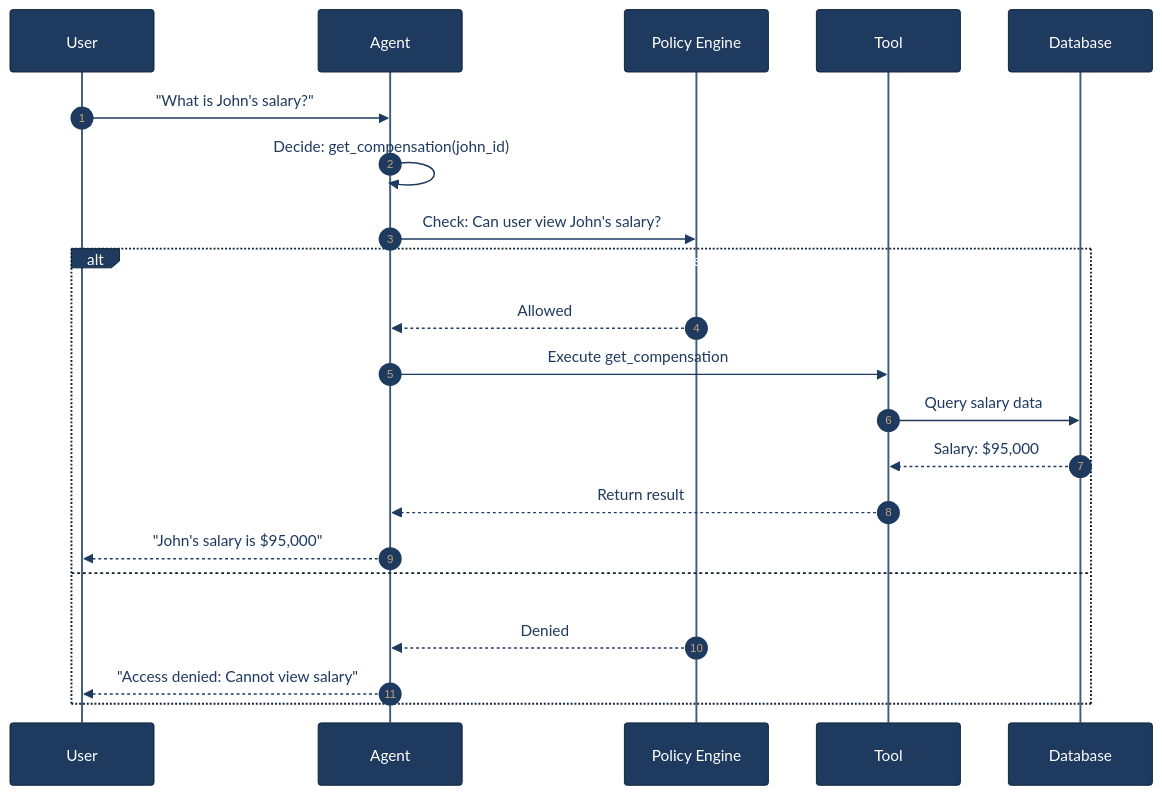
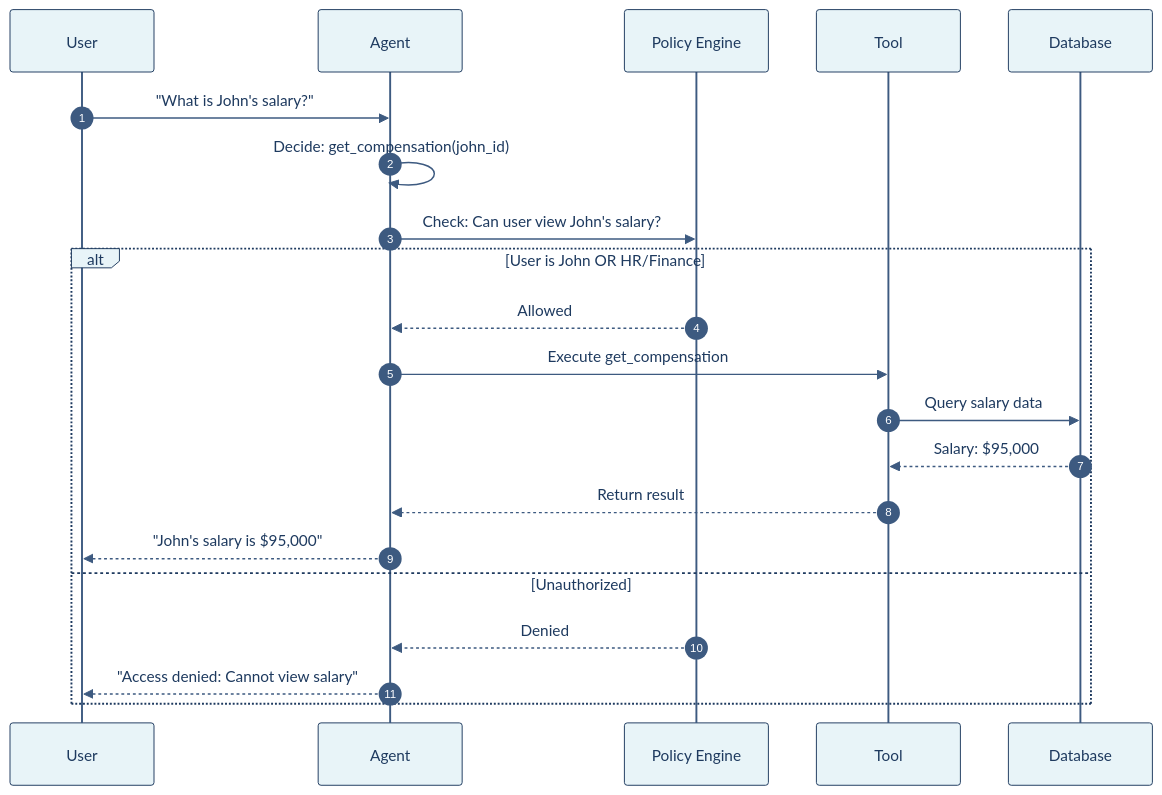
One commit to ruthvik-jeev/hr-agent changed the fifth of 5 diagrams in ARCHITECTURE.md. Above: the diagram before and after it, drawn with Mermaid. The commit also changed other lines of this file and 5 other files, not shown here.

First line of the commit message:
fix: improve diagram text visibility with dark text colors

````diff
--- a/ARCHITECTURE.md
+++ b/ARCHITECTURE.md
@@ -275,38 +288,49 @@
 ```mermaid
 %%{init: {
   'theme': 'base',
   'themeVariables': {
-    'primaryColor': '#1e3a5f',
-    'primaryTextColor': '#ffffff',
-    'primaryBorderColor': '#0d2137',
+    'primaryColor': '#e8f4f8',
+    'primaryTextColor': '#1e3a5f',
+    'primaryBorderColor': '#1e3a5f',
     'lineColor': '#3d5a80',
+    'actorBkg': '#e8f4f8',
+    'actorBorder': '#1e3a5f',
+    'actorTextColor': '#1e3a5f',
     'actorLineColor': '#3d5a80',
-    'signalColor': '#1e3a5f',
-    'signalTextColor': '#1e3a5f'
+    'signalColor': '#3d5a80',
+    'signalTextColor': '#1e3a5f',
+    'labelTextColor': '#1e3a5f',
+    'loopTextColor': '#1e3a5f',
+    'noteTextColor': '#1e3a5f',
+    'noteBkgColor': '#f7f9fc',
+    'noteBorderColor': '#3d5a80',
+    'activationBkgColor': '#e8f4f8',
+    'activationBorderColor': '#1e3a5f',
+    'sequenceNumberColor': '#ffffff'
   }
 }}%%
 
 sequenceDiagram
     autonumber
     participant U as User
     participant A as Agent
     participant P as Policy Engine
     participant T as Tool
     participant D as Database
 
     U->>A: "What is John's salary?"
     A->>A: Decide: get_compensation(john_id)
     A->>P: Check: Can user view John's salary?
     
     alt User is John OR HR/Finance
         P-->>A: Allowed
         A->>T: Execute get_compensation
         T->>D: Query salary data
         D-->>T: Salary: $95,000
         T-->>A: Return result
         A-->>U: "John's salary is $95,000"
     else Unauthorized
         P-->>A: Denied
         A-->>U: "Access denied: Cannot view salary"
     end
 ```
````
